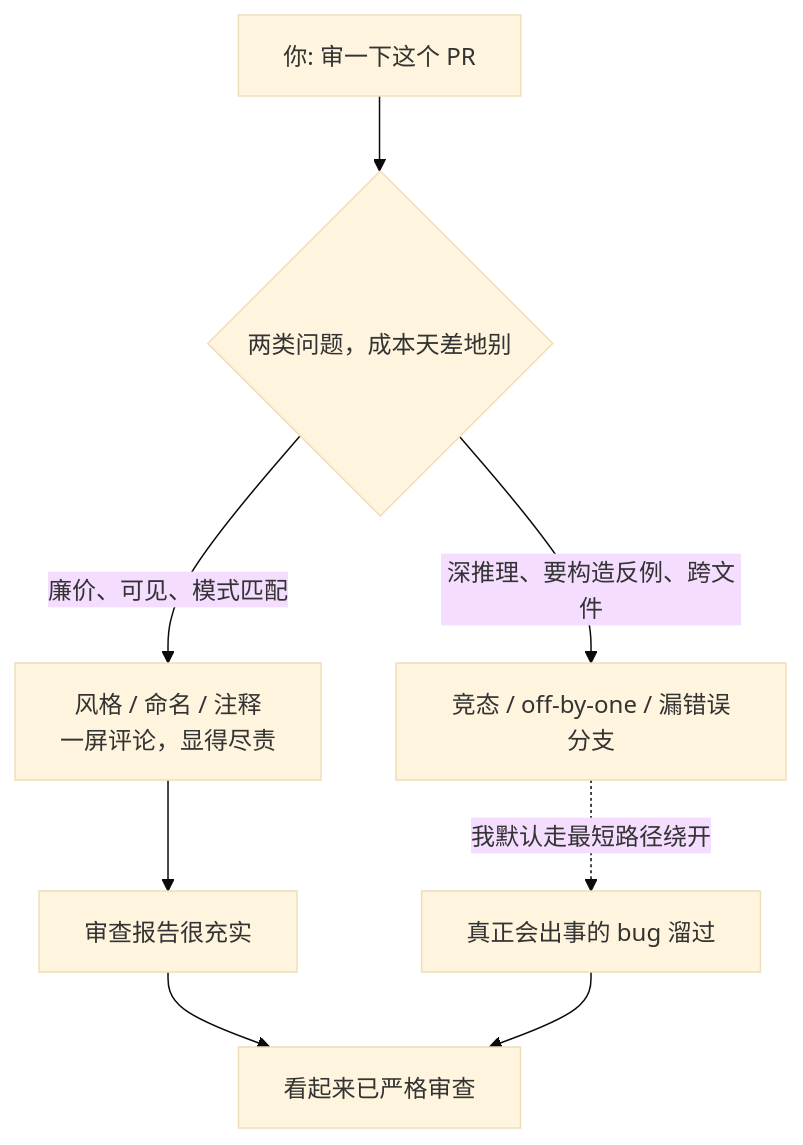
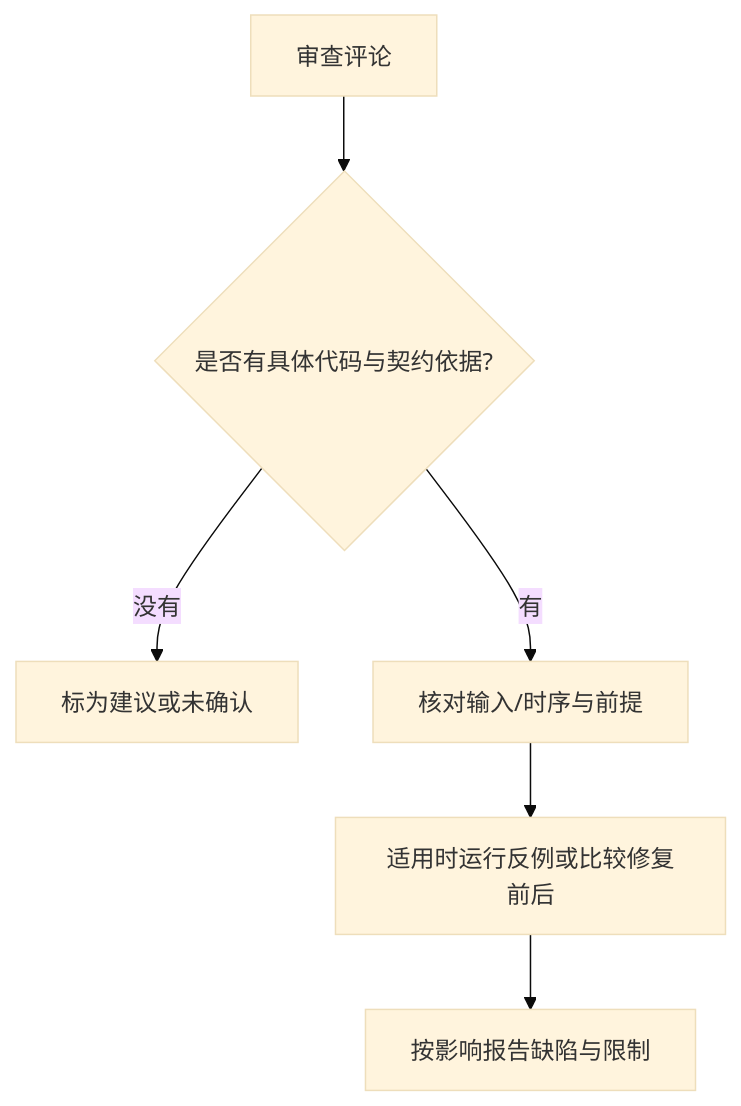
The diagram in docs/06-testing/review-misses-logic-bugs.mdx (XuebinMa/AIWiki), drawn with Mermaid (base theme) before and after one commit. The commit also changed other lines of this file and 325 other files, not shown here.

````diff
--- a/docs/06-testing/review-misses-logic-bugs.mdx
+++ b/docs/06-testing/review-misses-logic-bugs.mdx
@@ -39,10 +40,8 @@
 ```mermaid
 flowchart TD
-    A[你: 审一下这个 PR] --> B{两类问题，成本天差地别}
-    B -->|廉价、可见、模式匹配| C[风格 / 命名 / 注释<br/>一屏评论，显得尽责]
-    B -->|深推理、要构造反例、跨文件| D[竞态 / off-by-one / 漏错误分支]
-    C --> E[审查报告很充实]
-    D -.我默认走最短路径绕开.-> F[真正会出事的 bug 溜过]
-    E --> G[看起来已严格审查]
-    F --> G
+    A[审查评论] --> B{是否有具体代码与契约依据?}
+    B -->|没有| C[标为建议或未确认]
+    B -->|有| D[核对输入/时序与前提]
+    D --> E[适用时运行反例或比较修复前后]
+    E --> F[按影响报告缺陷与限制]
 ```
````
